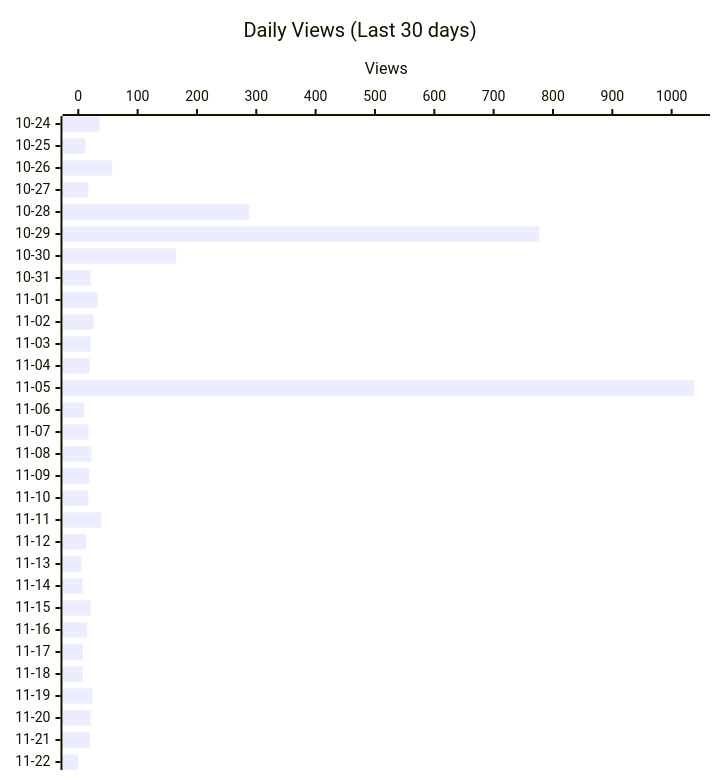
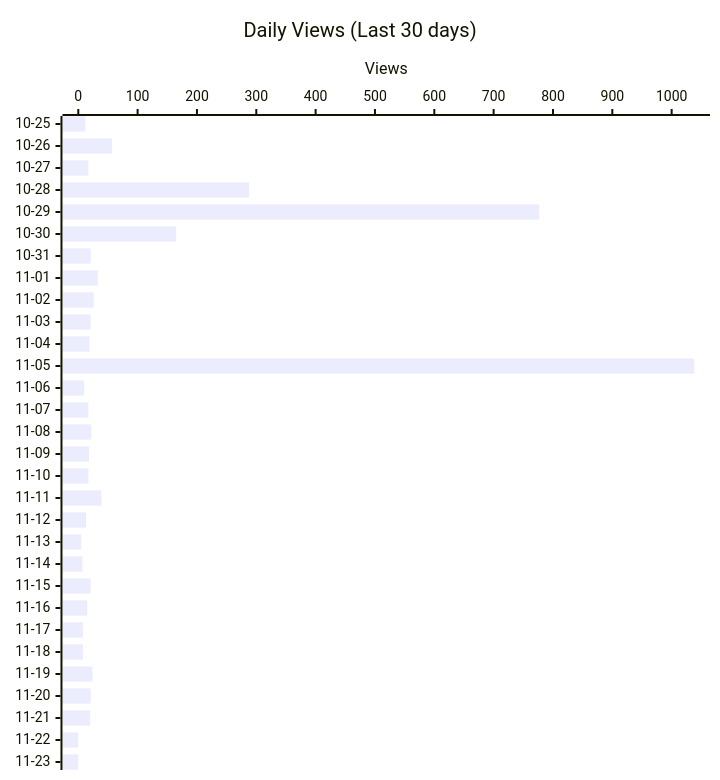
The second of 4 diagrams in README.md (shigechika/github-insights), drawn with Mermaid before and after one commit. The commit also changed other lines of this file and 1 other file, not shown here.

````diff
--- a/README.md
+++ b/README.md
@@ -28,12 +28,12 @@
 ```mermaid
 ---
 config:
   xyChart:
     height: 760
 ---
 xychart-beta horizontal
     title "Daily Views (Last 30 days)"
-    x-axis ["10-24", "10-25", "10-26", "10-27", "10-28", "10-29", "10-30", "10-31", "11-01", "11-02", "11-03", "11-04", "11-05", "11-06", "11-07", "11-08", "11-09", "11-10", "11-11", "11-12", "11-13", "11-14", "11-15", "11-16", "11-17", "11-18", "11-19", "11-20", "11-21", "11-22"]
+    x-axis ["10-25", "10-26", "10-27", "10-28", "10-29", "10-30", "10-31", "11-01", "11-02", "11-03", "11-04", "11-05", "11-06", "11-07", "11-08", "11-09", "11-10", "11-11", "11-12", "11-13", "11-14", "11-15", "11-16", "11-17", "11-18", "11-19", "11-20", "11-21", "11-22", "11-23"]
     y-axis "Views"
-    bar [36, 12, 57, 17, 288, 777, 165, 21, 33, 26, 21, 19, 1038, 10, 17, 22, 18, 17, 39, 13, 5, 7, 21, 15, 8, 8, 24, 21, 20, 0]
+    bar [12, 57, 17, 288, 777, 165, 21, 33, 26, 21, 19, 1038, 10, 17, 22, 18, 17, 39, 13, 5, 7, 21, 15, 8, 8, 24, 21, 20, 0, 0]
 ```
````
